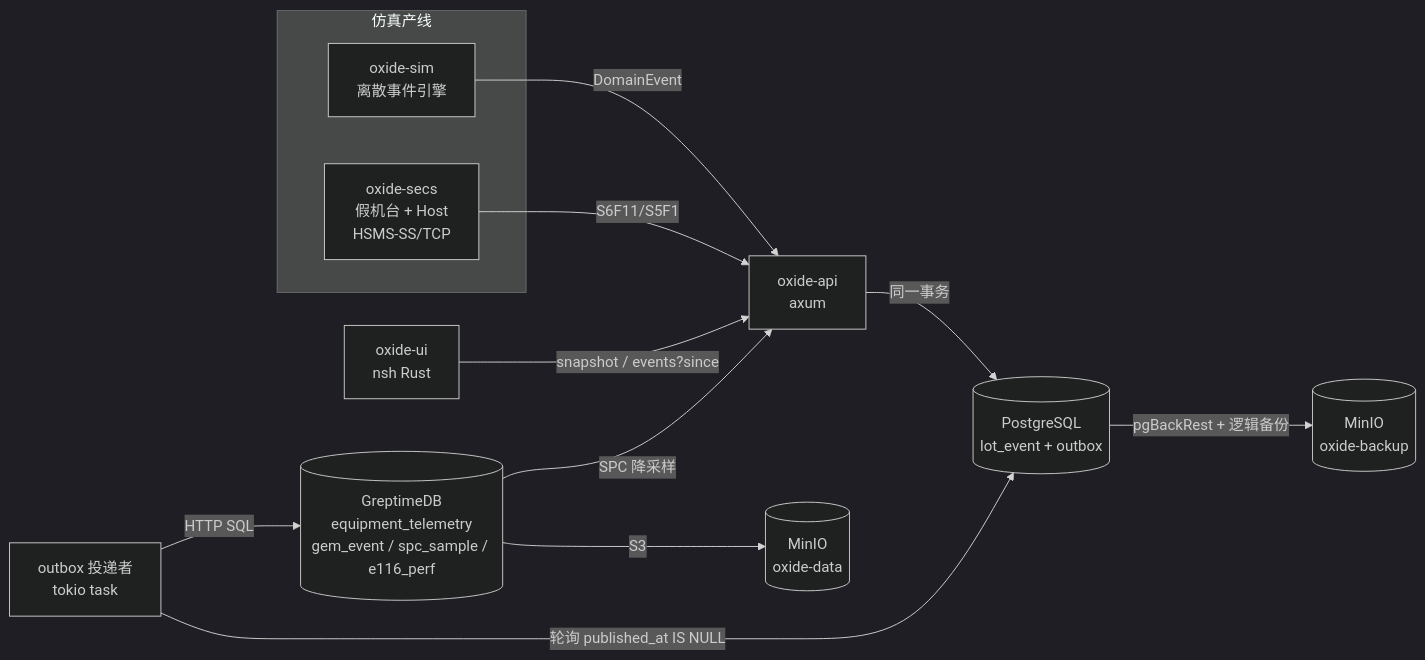
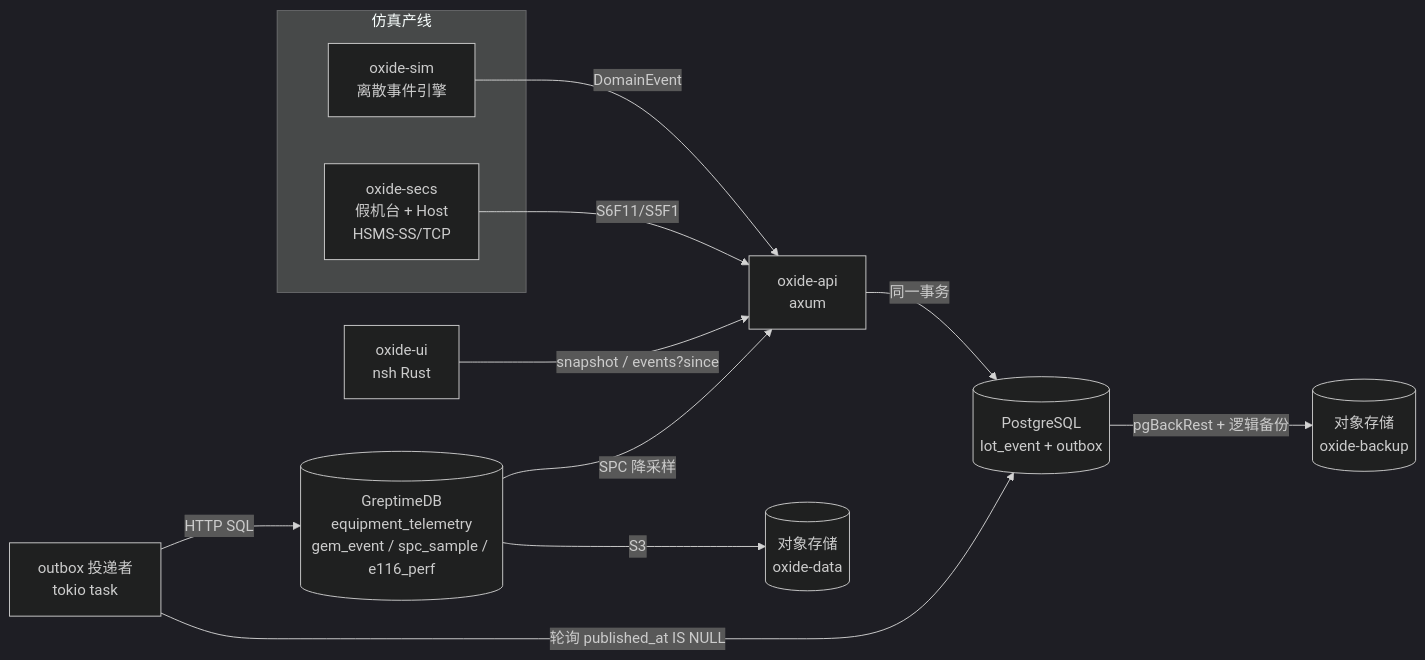
One commit to fw6/oxide-fab changed the first of 2 diagrams in README.md. Above: the diagram before and after it, drawn with Mermaid (dark theme). The commit also changed other lines of this file and 11 other files, not shown here.

````diff
--- a/README.md
+++ b/README.md
@@ -52,19 +61,19 @@
 ```mermaid
 flowchart LR
     subgraph Floor[仿真产线]
         SIM[oxide-sim<br/>离散事件引擎]
         SECS[oxide-secs<br/>假机台 + Host<br/>HSMS-SS/TCP]
     end
 
     SIM -->|DomainEvent| API[oxide-api<br/>axum]
     API -->|同一事务| PG[(PostgreSQL<br/>lot_event + outbox)]
     SECS -->|S6F11/S5F1| API
 
     PUB[outbox 投递者<br/>tokio task] -->|轮询 published_at IS NULL| PG
     PUB -->|HTTP SQL| GT[(GreptimeDB<br/>equipment_telemetry<br/>gem_event / spc_sample / e116_perf)]
-    GT -->|S3| MINIO[(MinIO<br/>oxide-data)]
-    PG -->|pgBackRest + 逻辑备份| MINIO2[(MinIO<br/>oxide-backup)]
+    GT -->|S3| S3[(对象存储<br/>oxide-data)]
+    PG -->|pgBackRest + 逻辑备份| S3B[(对象存储<br/>oxide-backup)]
 
     UI[oxide-ui<br/>nsh Rust] -->|snapshot / events?since| API
     GT -->|SPC 降采样| API
 ```
````
